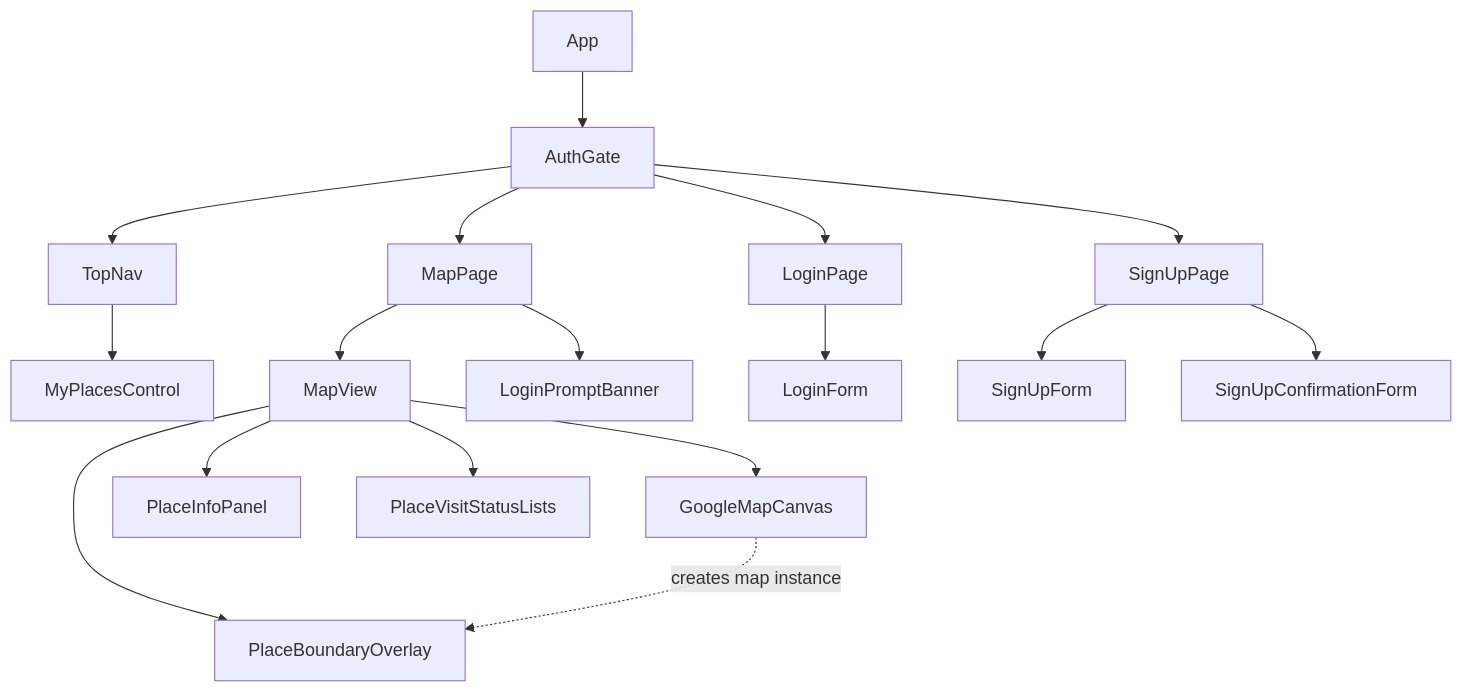
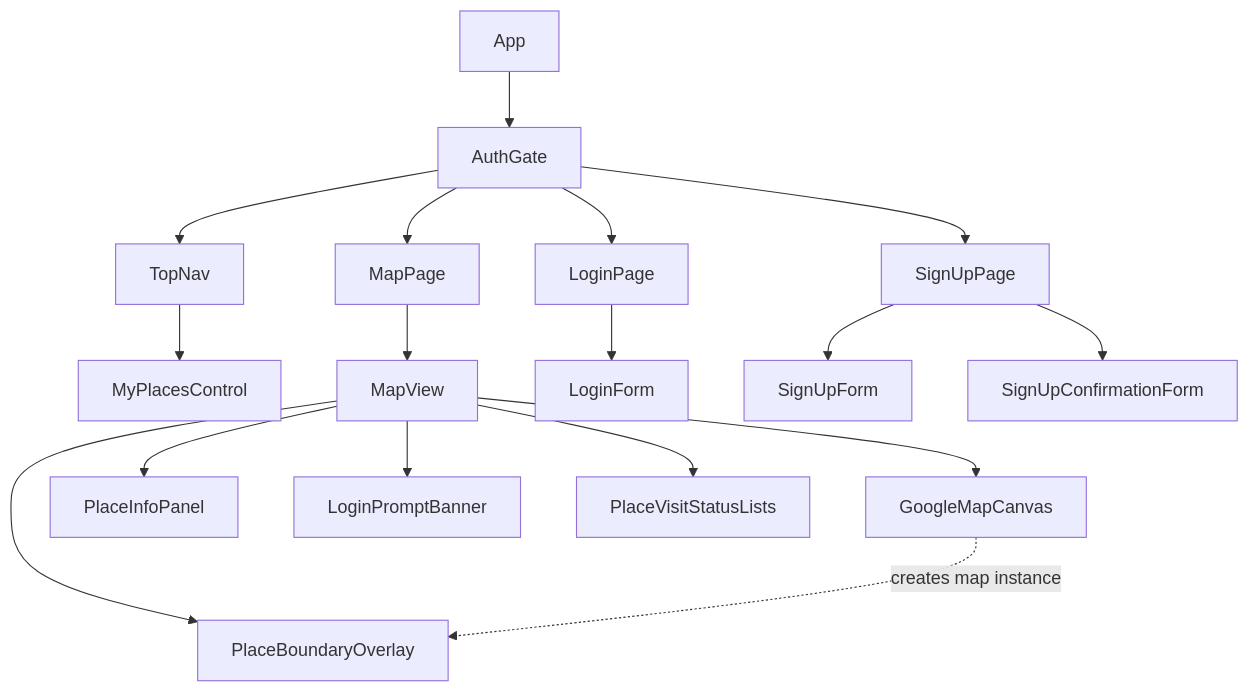
The first of 5 diagrams in .kiro/specs/state-visit-tracker/design.md (brentsowers1/coordinatecommons), drawn with Mermaid before and after one commit. The commit also changed other lines of this file and 9 other files, not shown here.

````diff
--- a/.kiro/specs/state-visit-tracker/design.md
+++ b/.kiro/specs/state-visit-tracker/design.md
@@ -31,19 +31,19 @@
 ```mermaid
 graph TD
     App --> AuthGate
     AuthGate --> TopNav
     AuthGate --> MapPage
     AuthGate --> LoginPage
     AuthGate --> SignUpPage
     TopNav --> MyPlacesControl
     MapPage --> MapView
-    MapPage --> LoginPromptBanner
     MapView --> GoogleMapCanvas
     MapView --> PlaceBoundaryOverlay
     MapView --> PlaceInfoPanel
+    MapView --> LoginPromptBanner
     MapView --> PlaceVisitStatusLists
     GoogleMapCanvas -. "creates map instance" .-> PlaceBoundaryOverlay
     LoginPage --> LoginForm
     SignUpPage --> SignUpForm
     SignUpPage --> SignUpConfirmationForm
 ```
````
